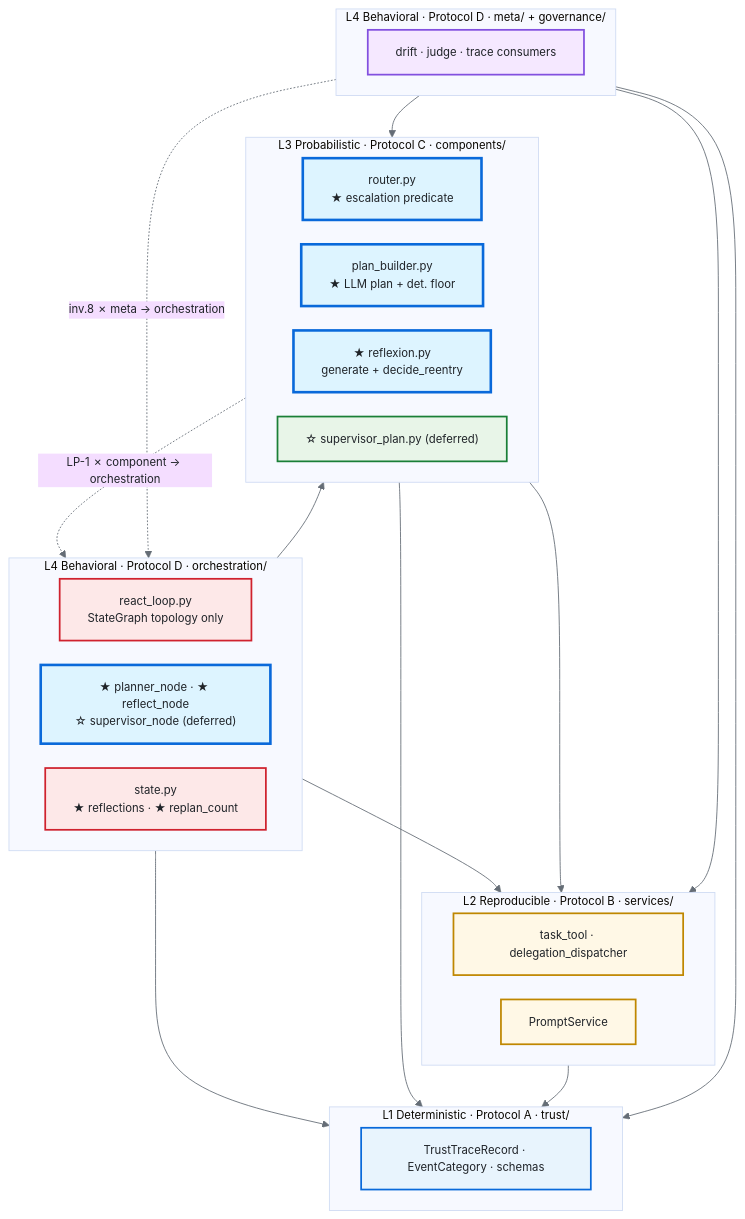
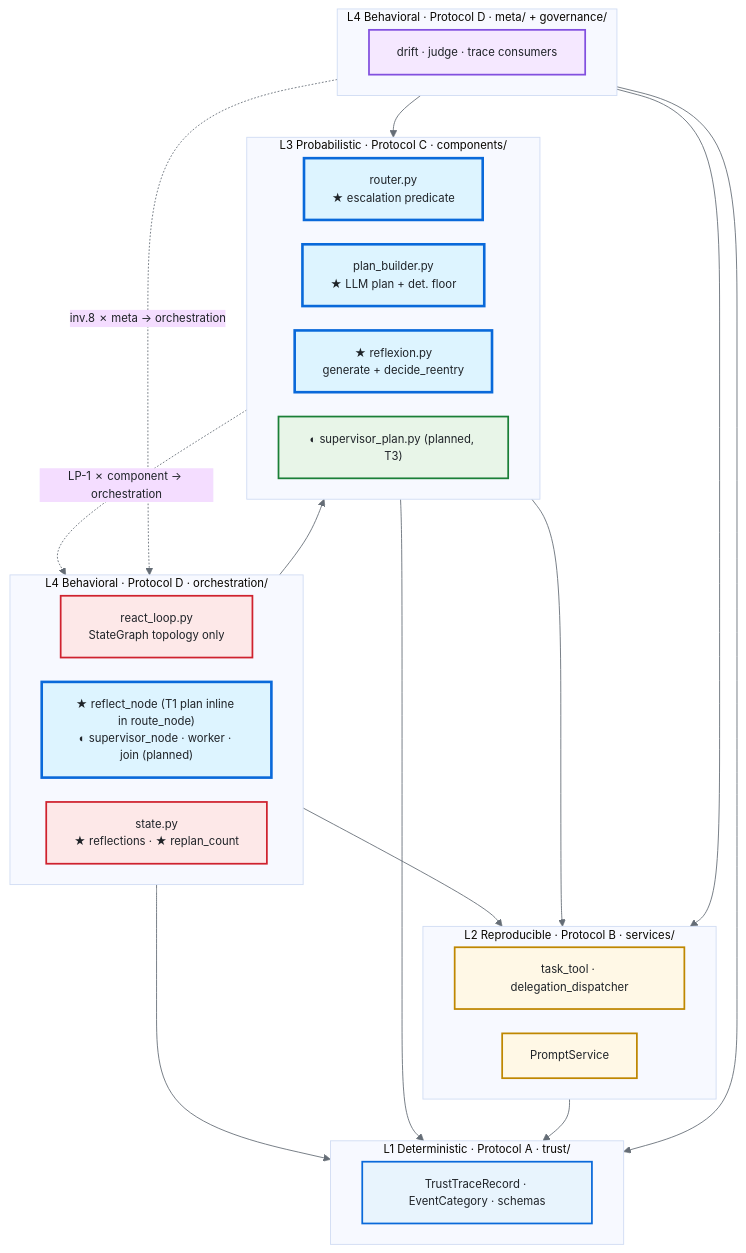
One commit to rajnishkhatri/AgentsFramework changed the first of 7 diagrams in docs/plans/planning_pipeline_tiered_loops.design.md. Above: the diagram before and after it, drawn with Mermaid. The commit also changed other lines of this file and 16 other files, not shown here.

````diff
--- a/docs/plans/planning_pipeline_tiered_loops.design.md
+++ b/docs/plans/planning_pipeline_tiered_loops.design.md
@@ -96,59 +98,59 @@
 ```mermaid
 %%{init: {
   'theme': 'base',
   'themeVariables': {
     'primaryTextColor': '#1f2328',
     'lineColor': '#656d76',
     'fontSize': '13px'
   },
   'flowchart': { 'padding': 16, 'nodeSpacing': 28, 'rankSpacing': 48, 'htmlLabels': true }
 }}%%
 flowchart TB
     subgraph META["L4 Behavioral · Protocol D · meta/ + governance/"]
         MOBS["drift · judge · trace consumers"]
     end
 
     subgraph ORCH["L4 Behavioral · Protocol D · orchestration/"]
         OREACT["react_loop.py<br/>StateGraph topology only"]
-        OPLAN["★ planner_node · ★ reflect_node<br/>☆ supervisor_node (deferred)"]
+        OPLAN["★ reflect_node (T1 plan inline in route_node)<br/>◐ supervisor_node · worker · join (planned)"]
         OSTATE["state.py<br/>★ reflections · ★ replan_count"]
     end
 
     subgraph COMP["L3 Probabilistic · Protocol C · components/"]
         CROUTER["router.py<br/>★ escalation predicate"]
         CPLAN["plan_builder.py<br/>★ LLM plan + det. floor"]
         CREFLEX["★ reflexion.py<br/>generate + decide_reentry"]
-        CSUP["☆ supervisor_plan.py (deferred)"]
+        CSUP["◐ supervisor_plan.py (planned, T3)"]
     end
 
     subgraph SVC["L2 Reproducible · Protocol B · services/"]
         STOOL["task_tool · delegation_dispatcher"]
         SPROMPT["PromptService"]
     end
 
     subgraph TRUST["L1 Deterministic · Protocol A · trust/"]
         TREC["TrustTraceRecord · EventCategory · schemas"]
     end
 
     ORCH --> COMP & SVC & TRUST
     COMP --> SVC & TRUST
     SVC --> TRUST
     META --> COMP & SVC & TRUST
 
     COMP -. "LP-1 ✗ component → orchestration" .-> ORCH
     META  -. "inv.8 ✗ meta → orchestration" .-> ORCH
 
     classDef meta fill:#f5e8ff,stroke:#8250df,stroke-width:2px,color:#1f2328
     classDef orch fill:#fde8e8,stroke:#cf222e,stroke-width:2px,color:#1f2328
     classDef comp fill:#e8f5e8,stroke:#1a7f37,stroke-width:2px,color:#1f2328
     classDef svc fill:#fff8e6,stroke:#bf8700,stroke-width:2px,color:#1f2328
     classDef trust fill:#e8f4fd,stroke:#0969da,stroke-width:2px,color:#1f2328
     classDef new fill:#ddf4ff,stroke:#0969da,stroke-width:3px,color:#1f2328
     class MOBS meta
     class OREACT,OSTATE orch
     class OPLAN new
     class CROUTER,CPLAN,CREFLEX new
     class CSUP comp
     class STOOL,SPROMPT svc
     class TREC trust
 ```
````
